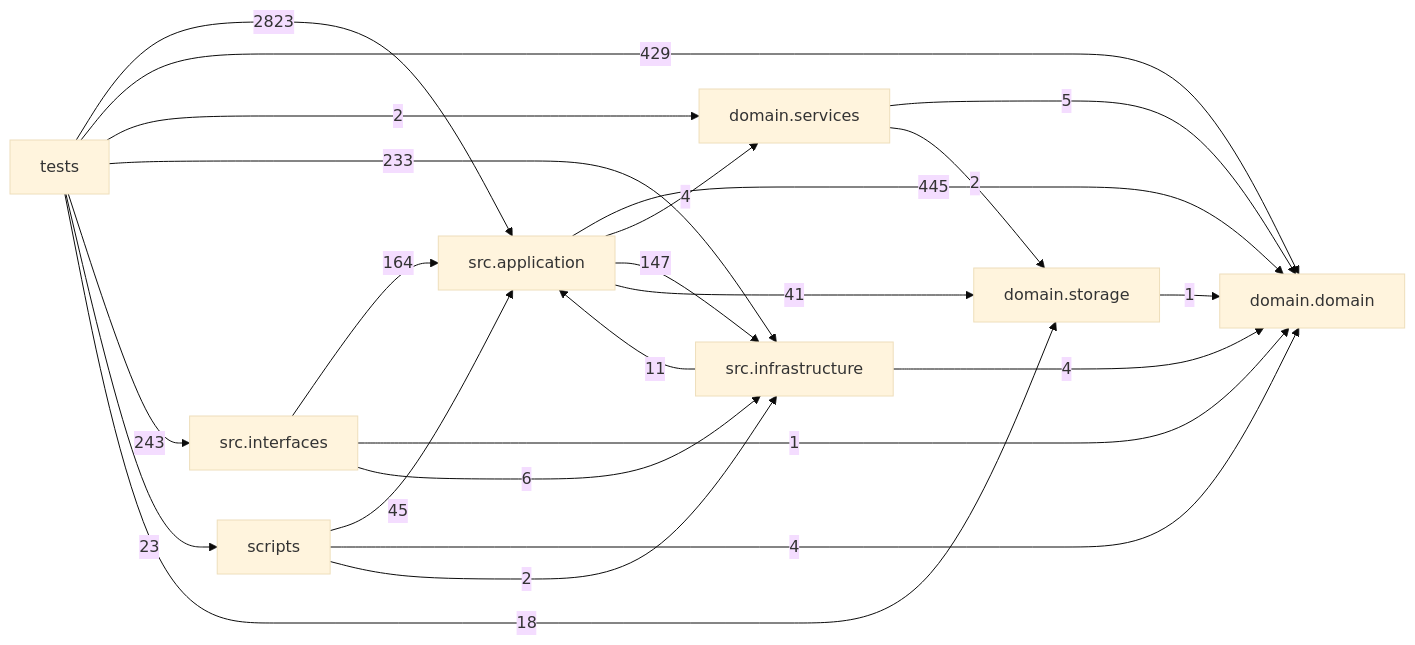
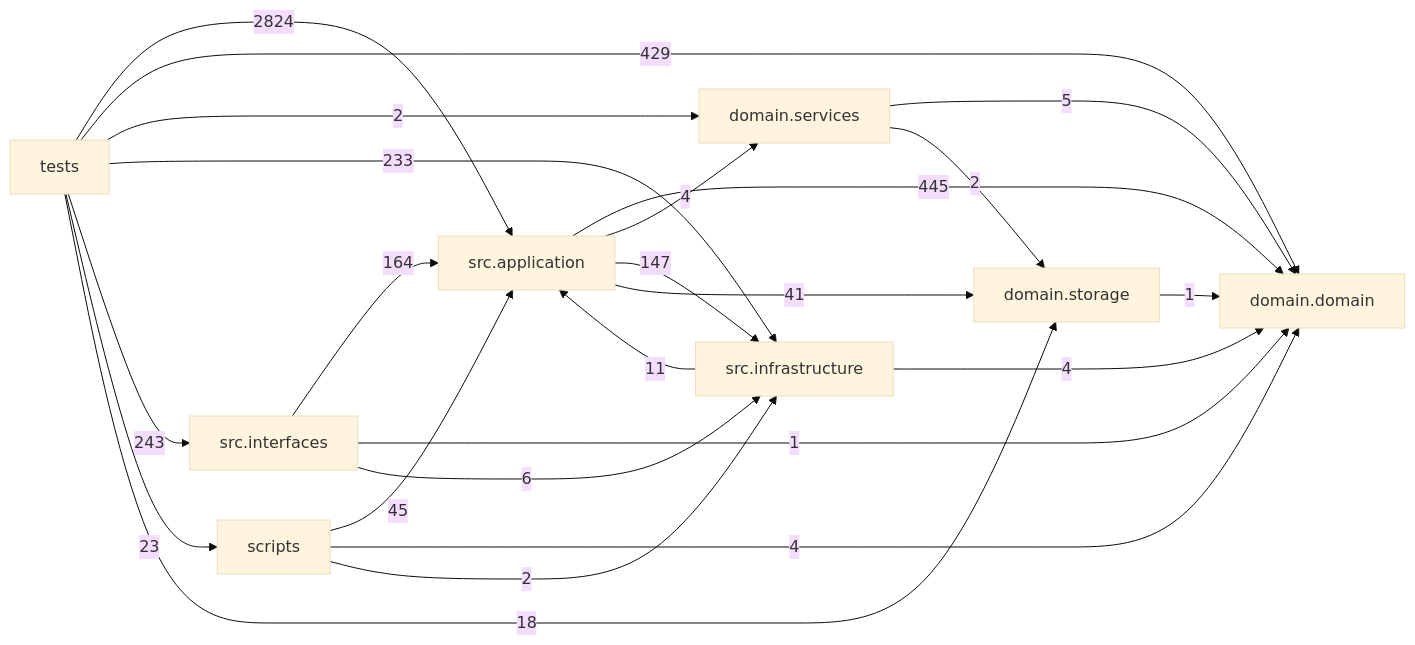
Before and after one commit to liuxie066/options-monitor: the diagram in docs/DEPENDENCY_GRAPH.md, drawn with Mermaid (base theme). The commit also changed other lines of this file and 13 other files, not shown here.

````diff
--- a/docs/DEPENDENCY_GRAPH.md
+++ b/docs/DEPENDENCY_GRAPH.md
@@ -24,33 +24,33 @@
 ```mermaid
 flowchart LR
   tests["tests"]
   scripts["scripts"]
   interfaces["src.interfaces"]
   application["src.application"]
   infrastructure["src.infrastructure"]
   domain_services["domain.services"]
   domain["domain.domain"]
   storage["domain.storage"]
   application -->|445| domain
   application -->|4| domain_services
   application -->|147| infrastructure
   application -->|41| storage
   domain_services -->|5| domain
   domain_services -->|2| storage
   infrastructure -->|11| application
   infrastructure -->|4| domain
   interfaces -->|164| application
   interfaces -->|1| domain
   interfaces -->|6| infrastructure
   scripts -->|45| application
   scripts -->|4| domain
   scripts -->|2| infrastructure
   storage -->|1| domain
-  tests -->|2823| application
+  tests -->|2824| application
   tests -->|429| domain
   tests -->|2| domain_services
   tests -->|233| infrastructure
   tests -->|243| interfaces
   tests -->|23| scripts
   tests -->|18| storage
 ```
````
